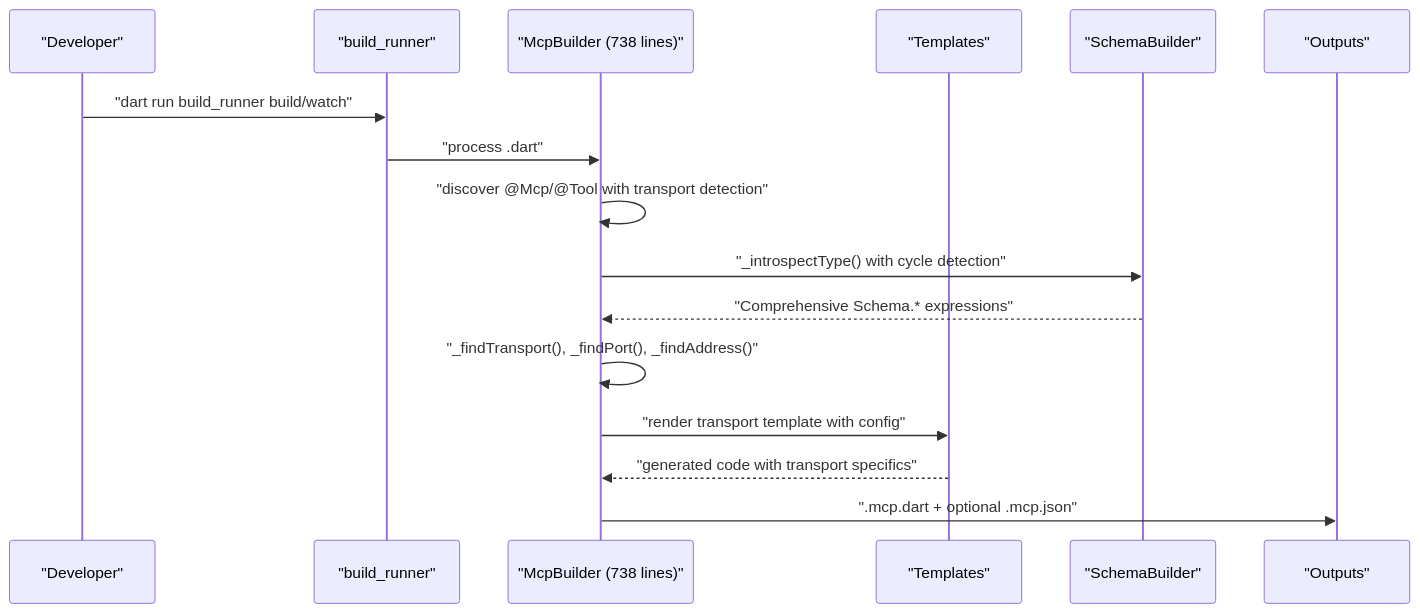
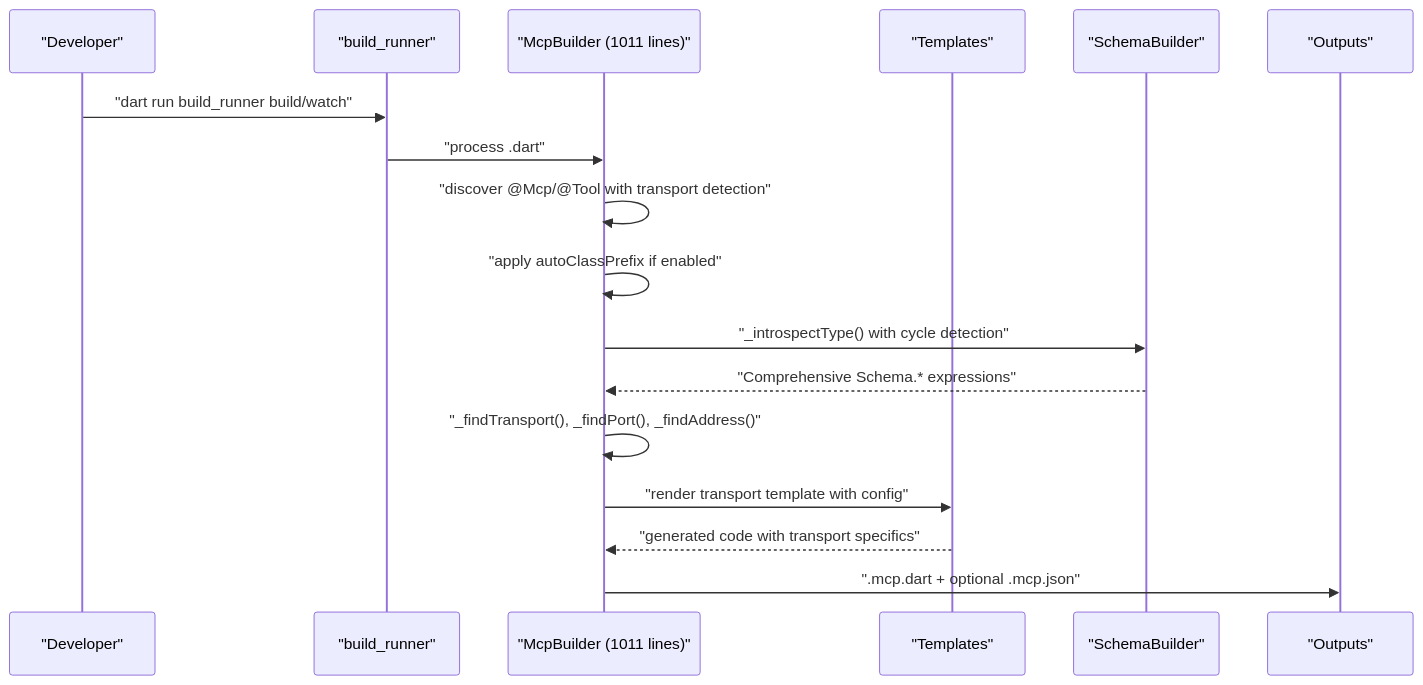
One commit to cdavis-code/easy_mcp_workspace changed the sixth of 7 diagrams in .qoder/repowiki/en/content/Code Generation Engine/Code Generation Engine.md. Above: the diagram before and after it, drawn with Mermaid. The commit also changed other lines of this file and 3 other files, not shown here.

````diff
--- a/.qoder/repowiki/en/content/Code Generation Engine/Code Generation Engine.md
+++ b/.qoder/repowiki/en/content/Code Generation Engine/Code Generation Engine.md
@@ -357,18 +368,19 @@
 ```mermaid
 sequenceDiagram
 participant Dev as "Developer"
 participant BR as "build_runner"
-participant MB as "McpBuilder (738 lines)"
+participant MB as "McpBuilder (1011 lines)"
 participant T as "Templates"
 participant SB as "SchemaBuilder"
 participant Out as "Outputs"
 Dev->>BR : "dart run build_runner build/watch"
 BR->>MB : "process .dart"
 MB->>MB : "discover @Mcp/@Tool with transport detection"
+MB->>MB : "apply autoClassPrefix if enabled"
 MB->>SB : "_introspectType() with cycle detection"
 SB-->>MB : "Comprehensive Schema.* expressions"
 MB->>MB : "_findTransport(), _findPort(), _findAddress()"
 MB->>T : "render transport template with config"
 T-->>MB : "generated code with transport specifics"
 MB->>Out : ".mcp.dart + optional .mcp.json"
 ```
````
